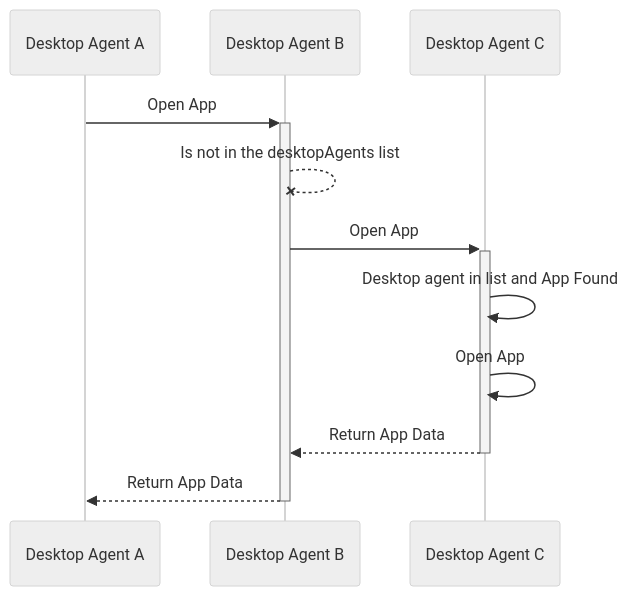
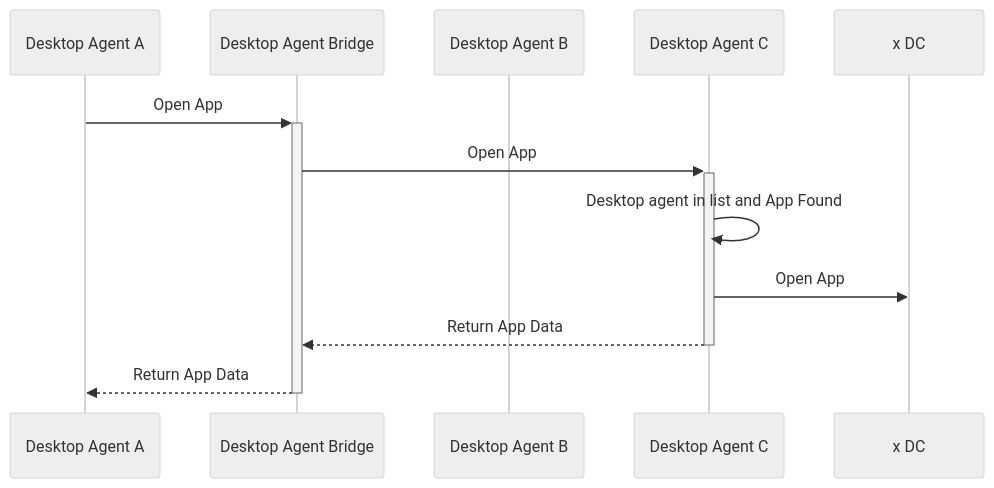
The fifth of 6 diagrams in docs/api-bridging/spec.md (finos/FDC3), drawn with Mermaid (neutral theme) before and after one commit. The commit also changed other lines of this file, not shown here.

Commit message:
spec update - standalone bridge

````diff
--- a/docs/api-bridging/spec.md
+++ b/docs/api-bridging/spec.md
@@ -1034,13 +1094,13 @@
 ```mermaid
 sequenceDiagram
     participant DA as Desktop Agent A
+    participant DAB as Desktop Agent Bridge
     participant DB as Desktop Agent B
     participant DC as Desktop Agent C
-    DA ->>+ DB: Open App
-    DB --x DB: Is not in the desktopAgents list
-    DB ->>+ DC: Open App
+    DA ->>+ DAB: Open App
+    DAB ->>+ DC: Open App
     DC ->> DC: Desktop agent in list and App Found
-    DC ->> DC: Open App
-    DC -->>- DB: Return App Data
-    DB -->>- DA:Return App Data
+    DC ->>x DC: Open App
+    DC -->>- DAB: Return App Data
+    DAB -->>- DA: Return App Data
 ```
````
